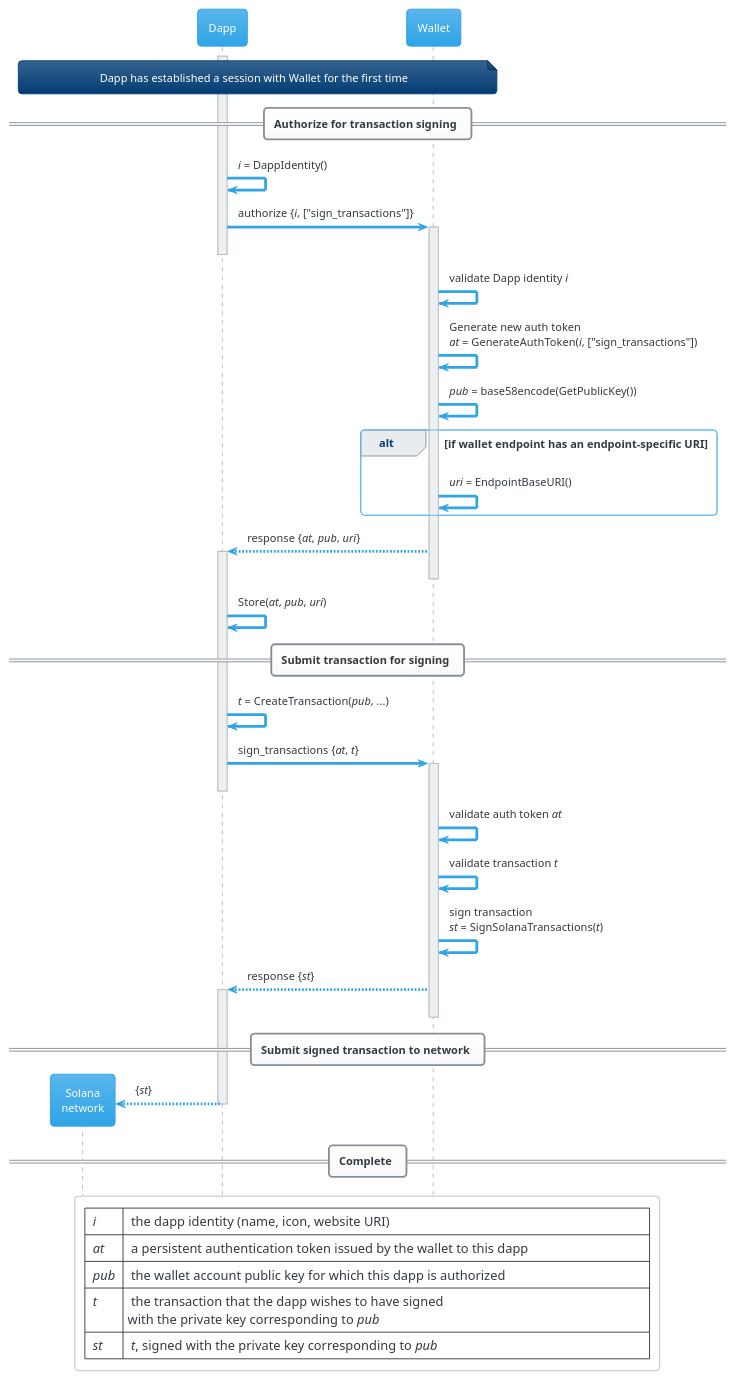
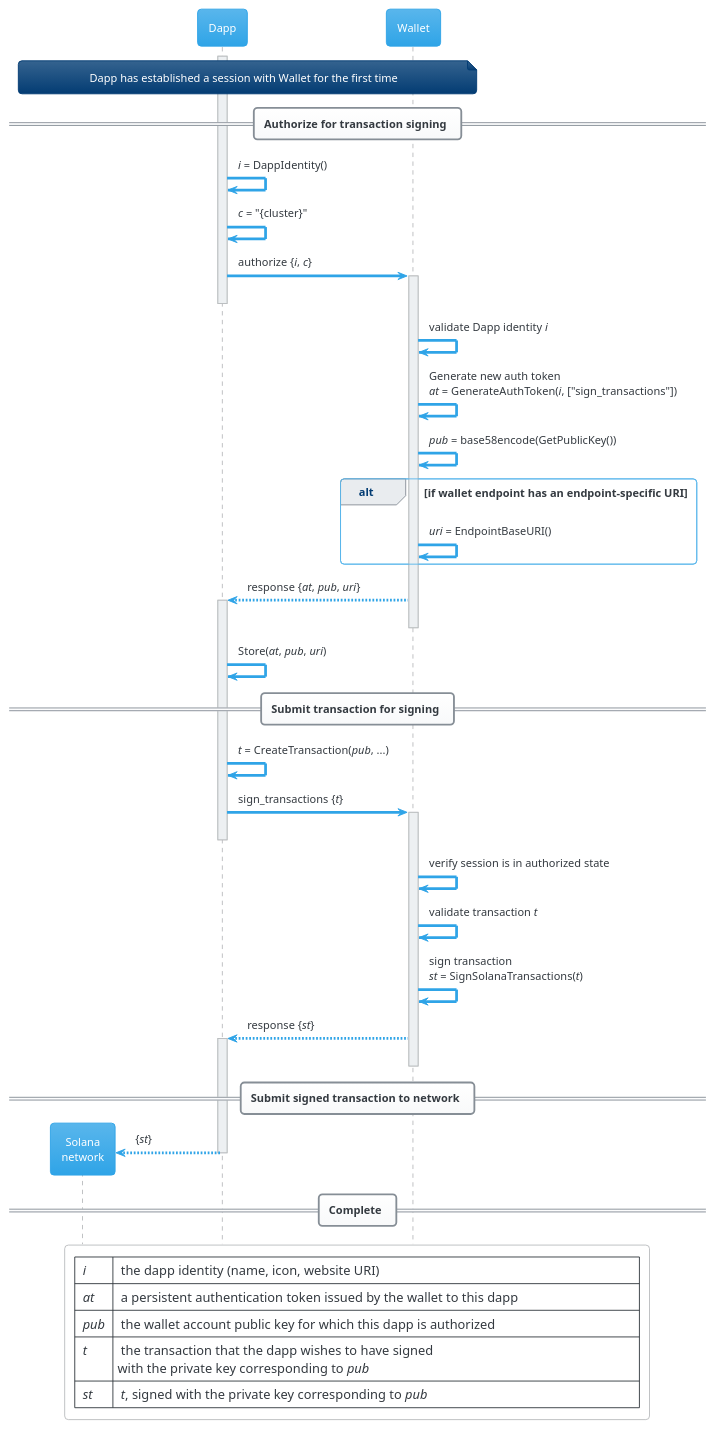
Before and after one commit to solana-mobile/mobile-wallet-adapter: the diagram in spec/_diagrams/authorize_and_sign.plantuml, drawn with PlantUML. The commit also changed 2 other files, not shown here.

Commit message:
init, with authorize refactor

```diff
--- a/spec/_diagrams/authorize_and_sign.plantuml
+++ b/spec/_diagrams/authorize_and_sign.plantuml
@@ -1,53 +1,54 @@
 @startuml
 
 !theme cerulean
 skinparam backgroundColor #FFFFFF
 
 hide footbox
 
 participant Solana as "Solana\nnetwork"
 participant Dapp
 participant Wallet
 
 note across : Dapp has established a session with Wallet for the first time
 
 activate Dapp
 
 == Authorize for transaction signing ==
 
 Dapp -> Dapp : <i>i</i> = DappIdentity()
-Dapp -> Wallet ++-- : authorize {<i>i</i>, ["sign_transactions"]}
+Dapp -> Dapp : <i>c</i> = "{cluster}"
+Dapp -> Wallet ++-- : authorize {<i>i</i>, <i>c</i>}
 Wallet -> Wallet : validate Dapp identity <i>i</i>
 Wallet -> Wallet : Generate new auth token\n<i>at</i> = GenerateAuthToken(<i>i</i>, ["sign_transactions"])
 Wallet -> Wallet : <i>pub</i> = base58encode(GetPublicKey())
 alt if wallet endpoint has an endpoint-specific URI
     Wallet -> Wallet : <i>uri</i> = EndpointBaseURI() 
 end
 Wallet --> Dapp ++-- : response {<i>at</i>, <i>pub</i>, <i>uri</i>}
 Dapp -> Dapp : Store(<i>at</i>, <i>pub</i>, <i>uri</i>)
 
 == Submit transaction for signing ==
 
 Dapp -> Dapp : <i>t</i> = CreateTransaction(<i>pub</i>, ...)
-Dapp -> Wallet ++-- : sign_transactions {<i>at</i>, <i>t</i>}
-Wallet -> Wallet : validate auth token <i>at</i>
+Dapp -> Wallet ++-- : sign_transactions {<i>t</i>}
+Wallet -> Wallet : verify session is in authorized state
 Wallet -> Wallet : validate transaction <i>t</i>
 Wallet -> Wallet : sign transaction\n<i>st</i> = SignSolanaTransactions(<i>t</i>)
 Wallet --> Dapp ++-- : response {<i>st</i>}
 
 == Submit signed transaction to network ==
 
 create Solana
 Dapp --> Solana -- : {<i>st</i>}
 
 == Complete ==
 
 legend
 | <i>i</i>   | the dapp identity (name, icon, website URI)                                                           |
 | <i>at</i>  | a persistent authentication token issued by the wallet to this dapp                                   |
 | <i>pub</i> | the wallet account public key for which this dapp is authorized                                       |
 | <i>t</i>   | the transaction that the dapp wishes to have signed\nwith the private key corresponding to <i>pub</i> |
 | <i>st</i>  | <i>t</i>, signed with the private key corresponding to <i>pub</i>                                     |
 end legend
 
 @enduml
```
